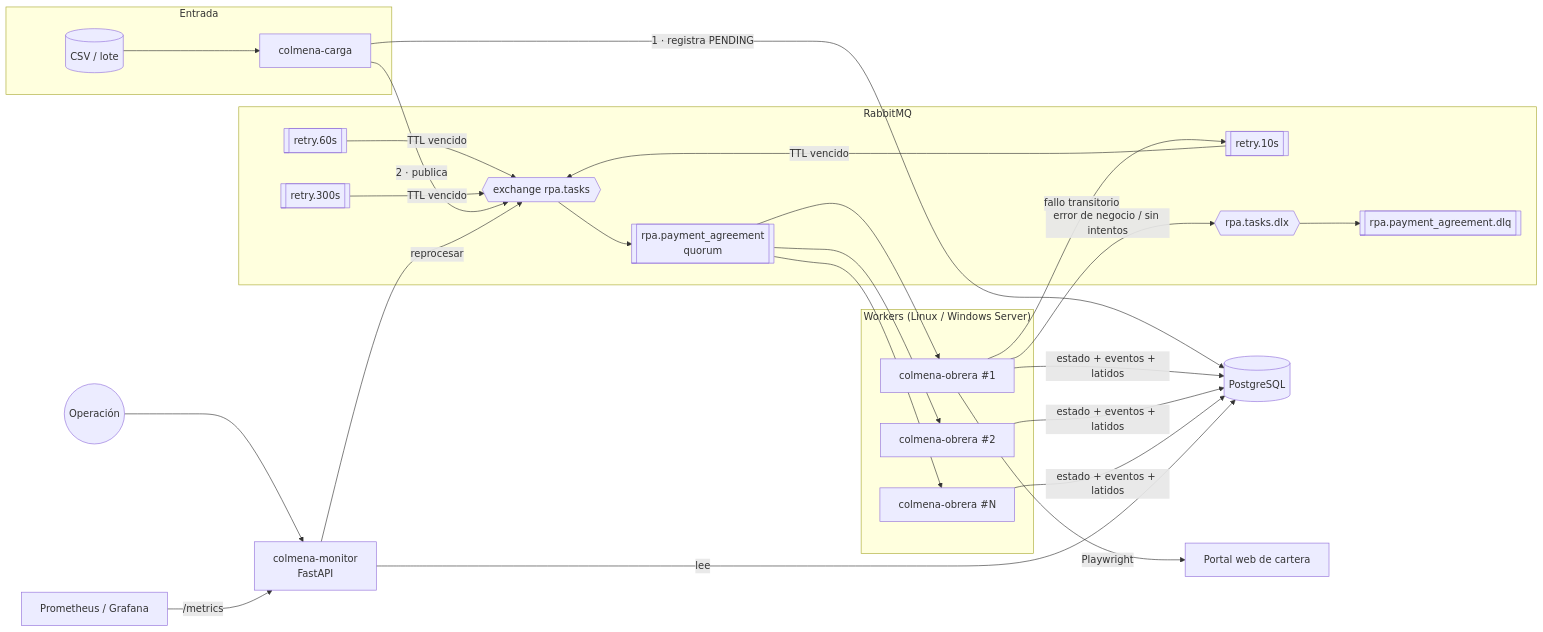
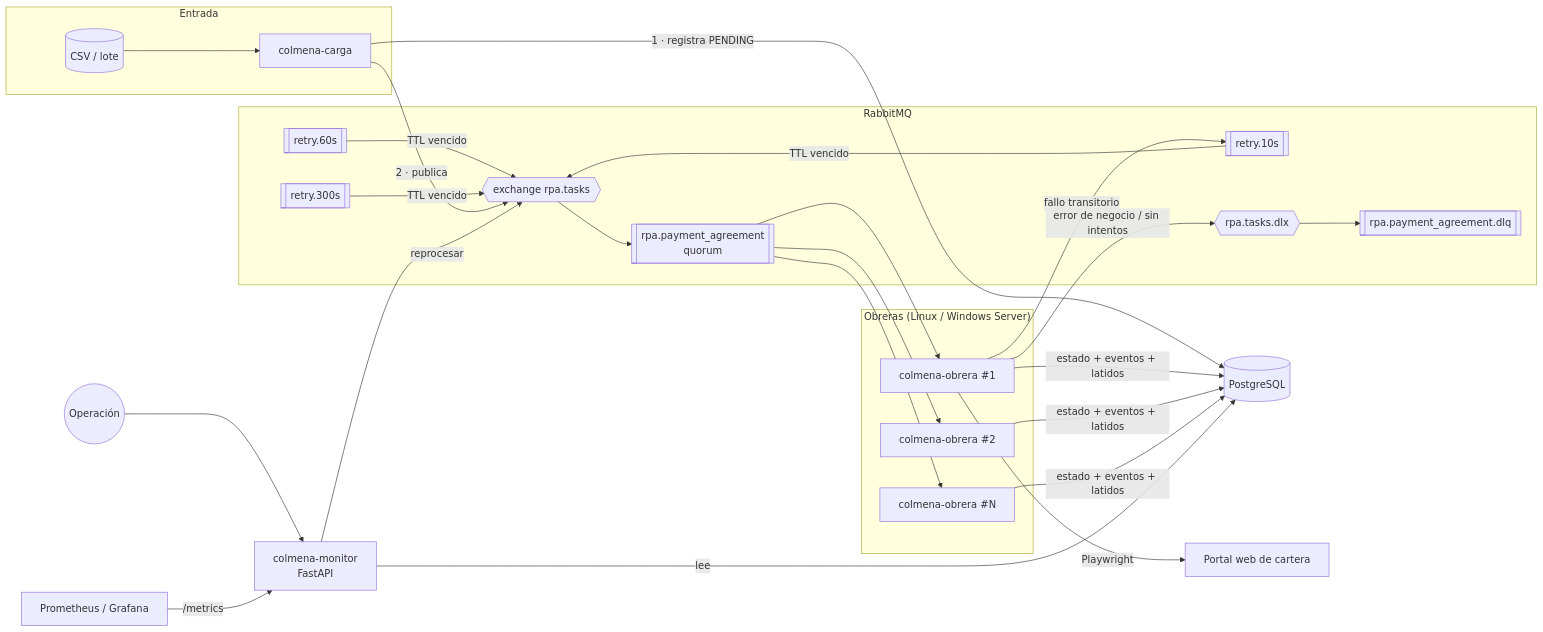
The first of 4 diagrams in docs/architecture.md (DarwinMontiel/colmena-rpa), drawn with Mermaid before and after one commit. The commit also changed other lines of this file and 9 other files, not shown here.

First line of the commit message:
docs: README de Colmena RPA con narrativa de cobranza, diagrama de secuencia y guía de migración

````diff
--- a/docs/architecture.md
+++ b/docs/architecture.md
@@ -21,37 +21,37 @@
 ```mermaid
 flowchart LR
     subgraph Entrada
         CSV[(CSV / lote)] --> P[colmena-carga]
     end
 
     subgraph RabbitMQ
         EX{{exchange rpa.tasks}}
         Q[[rpa.payment_agreement<br/>quorum]]
         R1[[retry.10s]]
         R2[[retry.60s]]
         R3[[retry.300s]]
         DLX{{rpa.tasks.dlx}}
         DLQ[[rpa.payment_agreement.dlq]]
         EX --> Q
         R1 & R2 & R3 -- TTL vencido --> EX
         DLX --> DLQ
     end
 
-    subgraph Workers["Workers (Linux / Windows Server)"]
+    subgraph Obreras["Obreras (Linux / Windows Server)"]
         W1[colmena-obrera #1]
         W2[colmena-obrera #2]
         WN[colmena-obrera #N]
     end
 
     P -- 1 · registra PENDING --> DB[(PostgreSQL)]
     P -- 2 · publica --> EX
     Q --> W1 & W2 & WN
     W1 -- fallo transitorio --> R1
     W1 -- error de negocio / sin intentos --> DLX
     W1 -- Playwright --> PORTAL[Portal web de cartera]
     W1 & W2 & WN -- estado + eventos + latidos --> DB
     M[colmena-monitor<br/>FastAPI] -- lee --> DB
     M -- reprocesar --> EX
     U((Operación)) --> M
     PROM[Prometheus / Grafana] -- /metrics --> M
 ```
````
